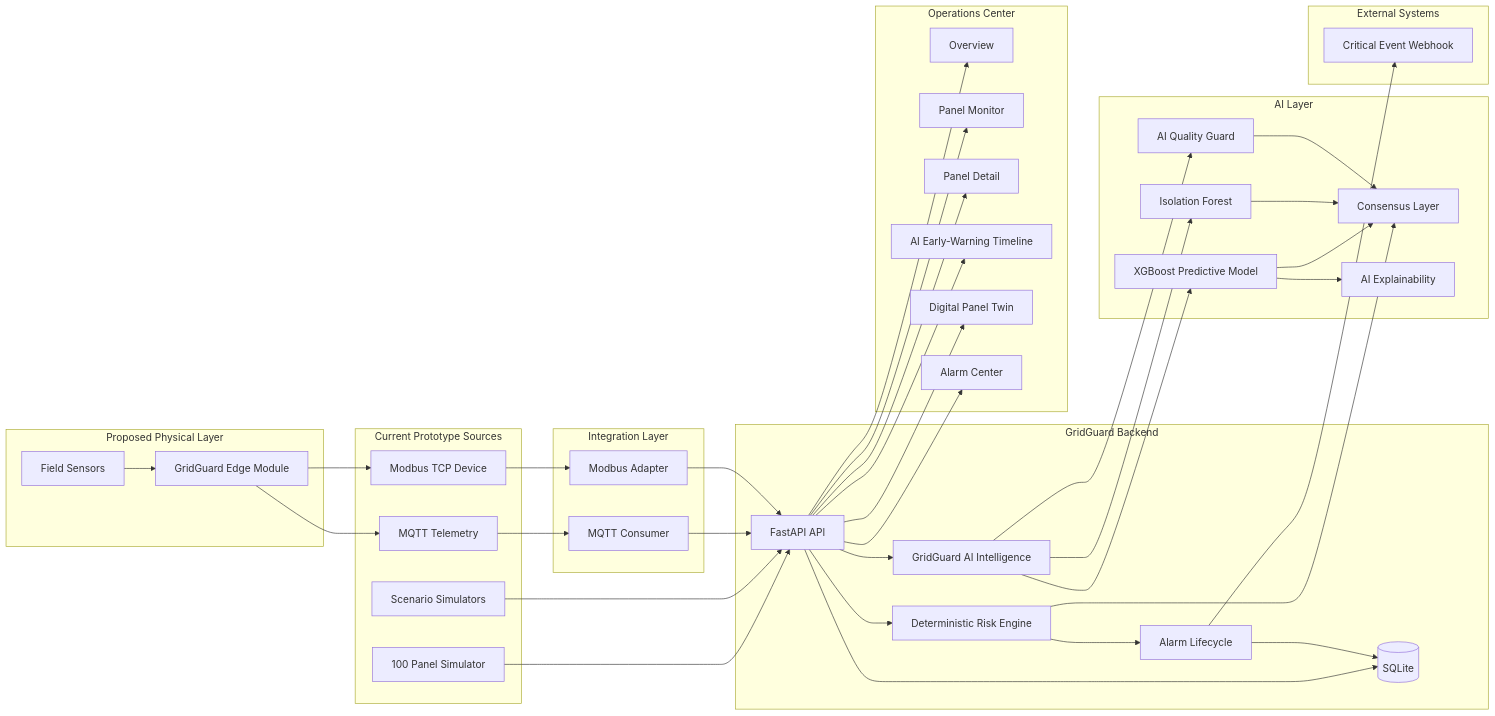
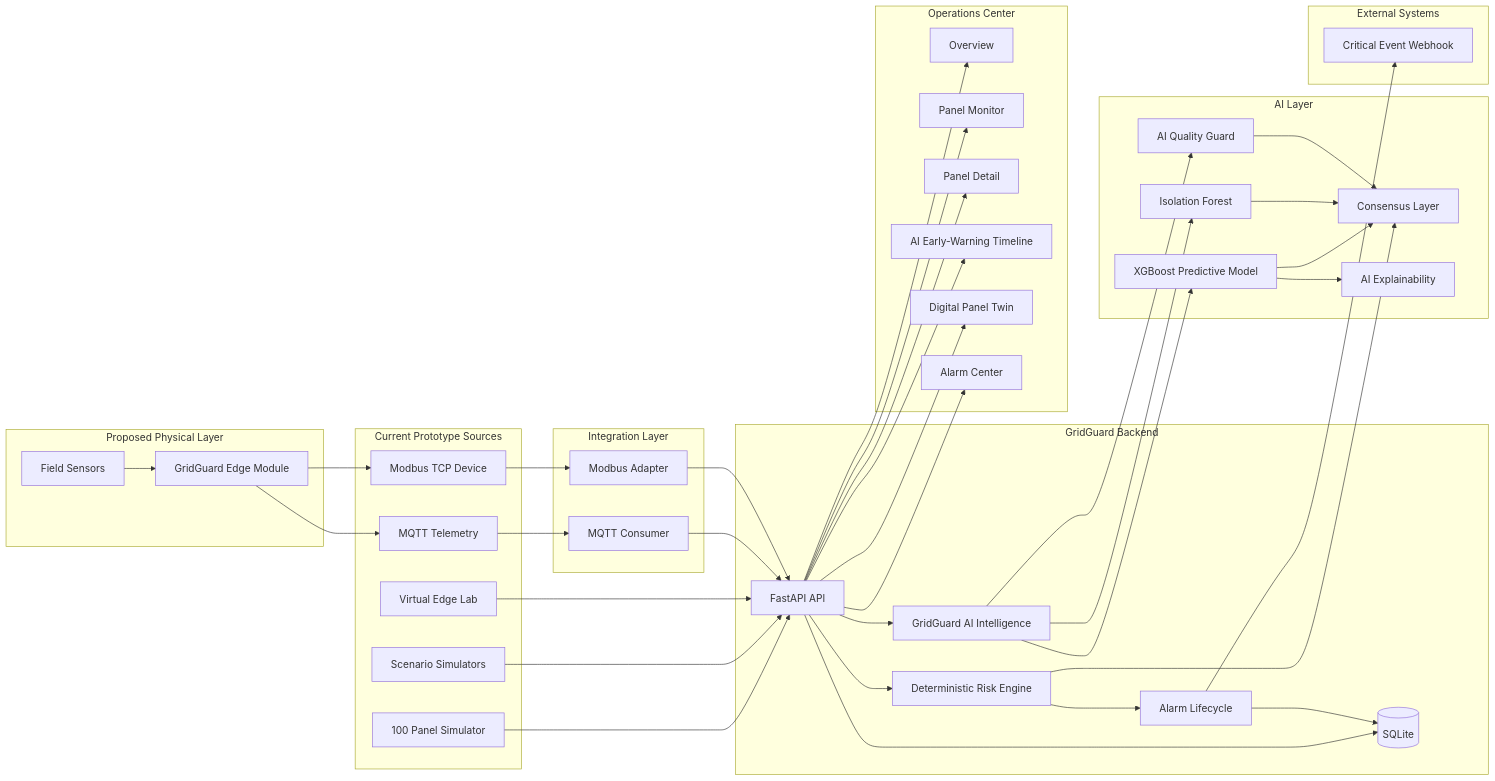
The first of 2 diagrams in docs/ARCHITECTURE.md (KenanAkyurek66/GridGuard), drawn with Mermaid before and after one commit. The commit also changed other lines of this file and 4 other files, not shown here.

```diff
--- a/docs/ARCHITECTURE.md
+++ b/docs/ARCHITECTURE.md
@@ -73,6 +75,7 @@
     subgraph Sources[Current Prototype Sources]
         SIM100[100 Panel Simulator]
         SCENARIOS[Scenario Simulators]
+        EDGELAB[Virtual Edge Lab]
         MQTTDEV[MQTT Telemetry]
         MODBUSDEV[Modbus TCP Device]
     end
@@ -117,6 +120,7 @@
 
     SIM100 --> API
     SCENARIOS --> API
+    EDGELAB --> API
 
     MQTTDEV --> MQTT
     MQTT --> API
```
